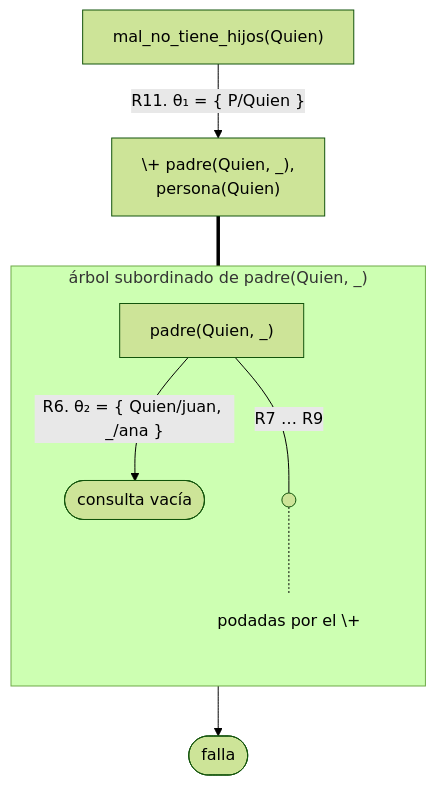
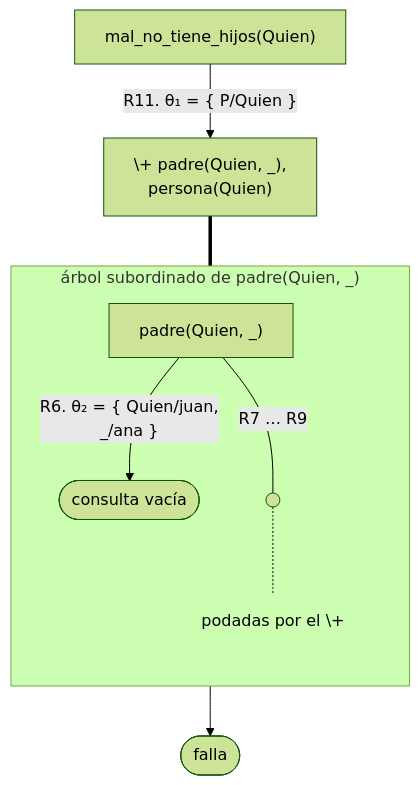
One commit to CesarBallardini/curso-de-prolog changed the third of 8 diagrams in docs/capitulo-10-negacion-como-falla/index.md. Above: the diagram before and after it, drawn with Mermaid (forest theme). The commit also changed other lines of this file and 24 other files, not shown here.

First line of the commit message:
feat(docs): botones para ocultar las columnas laterales y etiquetas cortas en los diagramas

````diff
--- a/docs/capitulo-10-negacion-como-falla/index.md
+++ b/docs/capitulo-10-negacion-como-falla/index.md
@@ -237,13 +237,13 @@
 ```mermaid
 flowchart TD
     A["mal_no_tiene_hijos(Quien)"] -- "R11. θ₁ = {&nbsp;P/Quien&nbsp;}" --> B["\+ padre(Quien, _),<br/>persona(Quien)"]
     B === s
     subgraph s ["árbol subordinado de padre(Quien, _)"]
         direction TB
-        C["padre(Quien, _)"] -- "R6. θ₂ = {&nbsp;Quien/juan, _/ana&nbsp;}" --> S(["consulta vacía"])
+        C["padre(Quien, _)"] -- "R6. θ₂ = {&nbsp;Quien/juan,<br/>_/ana&nbsp;}" --> S(["consulta vacía"])
         C -- "R7 … R9" --- p@{ shape: sm-circ } -.- n["podadas por el \+"]
     end
     s --> F(["falla"])
     classDef abierto fill:none,stroke:none;
     class n abierto;
 ```
````
